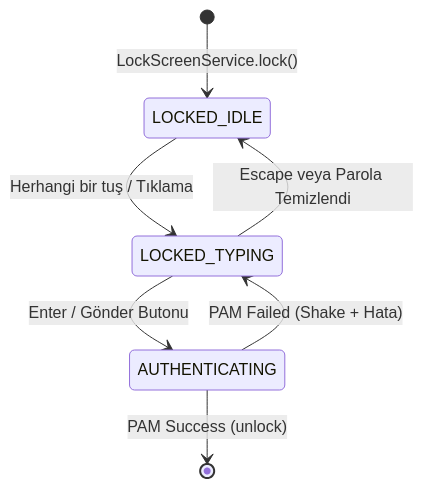
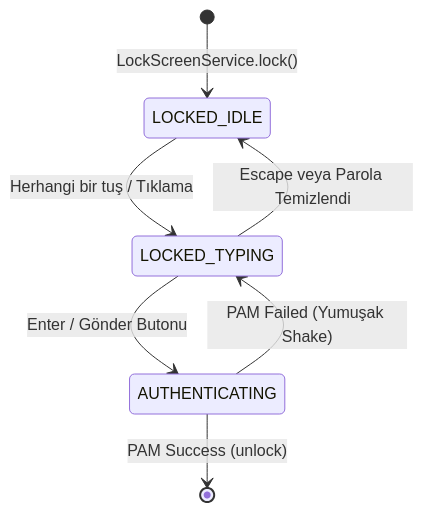
Before and after one commit to ogsammaenr/OgsShell-qs: the diagram in ogsShell-qs_brain/03-UI-Components/Lock-Screen-Component.md, drawn with Mermaid. The commit also changed other lines of this file and 7 other files, not shown here.

````diff
--- a/ogsShell-qs_brain/03-UI-Components/Lock-Screen-Component.md
+++ b/ogsShell-qs_brain/03-UI-Components/Lock-Screen-Component.md
@@ -51,9 +51,9 @@
 ```mermaid
 stateDiagram-v2
     [*] --> LOCKED_IDLE: LockScreenService.lock()
     LOCKED_IDLE --> LOCKED_TYPING: Herhangi bir tuş / Tıklama
     LOCKED_TYPING --> AUTHENTICATING: Enter / Gönder Butonu
     AUTHENTICATING --> [*]: PAM Success (unlock)
-    AUTHENTICATING --> LOCKED_TYPING: PAM Failed (Shake + Hata)
+    AUTHENTICATING --> LOCKED_TYPING: PAM Failed (Yumuşak Shake)
     LOCKED_TYPING --> LOCKED_IDLE: Escape veya Parola Temizlendi
 ```
````
